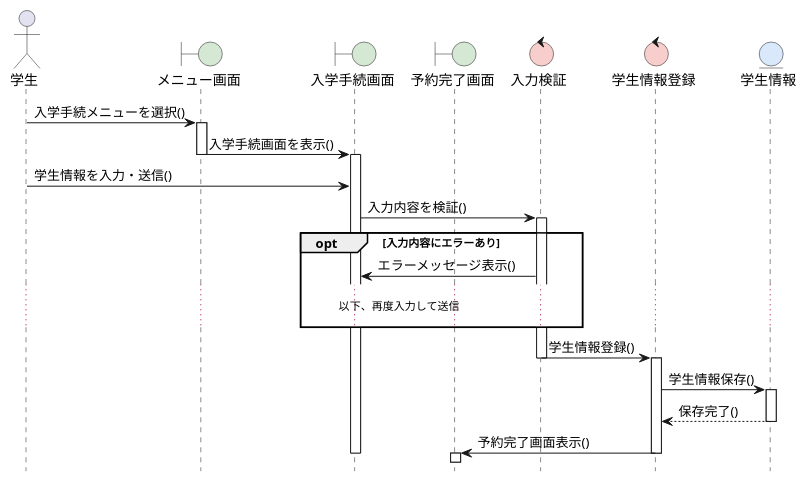
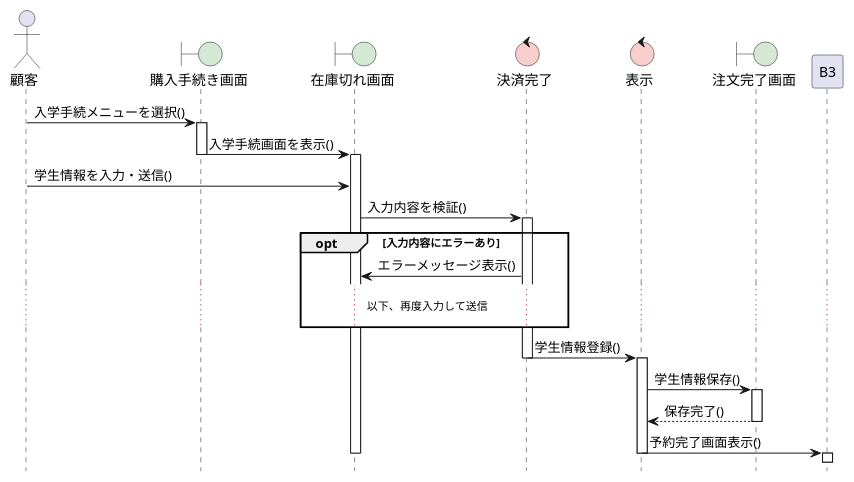
Before and after one commit to koukii0320/ohara_uml: the diagram in 05_web_ronbun_ref/sequence_01_nyugaku.pu, drawn with PlantUML. The commit also changed 2 other files, not shown here.

```diff
--- a/05_web_ronbun_ref/sequence_01_nyugaku.pu
+++ b/05_web_ronbun_ref/sequence_01_nyugaku.pu
@@ -1,47 +1,47 @@
 @startuml Web論文システム-入学手続シーケンス図
 hide footbox
 skinparam boundaryBackgroundColor #D5E8D4
 skinparam controlBackgroundColor  #F8CECC
 skinparam entityBackgroundColor   #DAE8FC
 
-actor 学生 as A
-boundary メニュー画面 as B1
-boundary 入学手続画面 as B2
-boundary 予約完了画面 as B3
-control 入力検証 as C1
-control 学生情報登録 as C2
-entity 学生情報 as E
+
+actor 顧客 as A
+boundary 購入手続き画面 as B1
+boundary 在庫切れ画面 as B2
+control 決済完了 as C1
+control 表示 as C2
+boundary 注文完了画面 as E
 
 A -> B1: 入学手続メニューを選択()
 activate B1
 
 B1 -> B2: 入学手続画面を表示()
 deactivate B1
 activate B2
 
 A -> B2: 学生情報を入力・送信()
 
 B2 -> C1: 入力内容を検証()
 activate C1
 
 opt 入力内容にエラーあり
     C1 -> B2: エラーメッセージ表示()
     ...以下、再度入力して送信...
 end
 
 C1 -> C2: 学生情報登録()
 deactivate C1
 activate C2
 
 C2 -> E: 学生情報保存()
 activate E
 
 E --> C2: 保存完了()
 deactivate E
 
 C2 -> B3: 予約完了画面表示()
 deactivate C2
 deactivate B2
 activate B3
 
 @enduml
```
